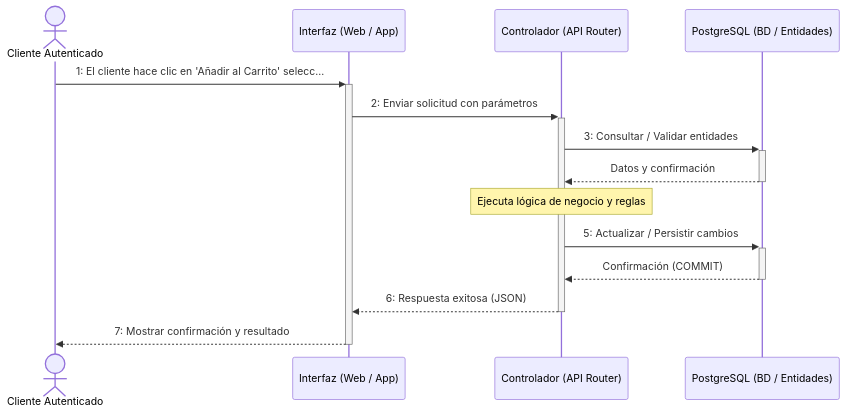
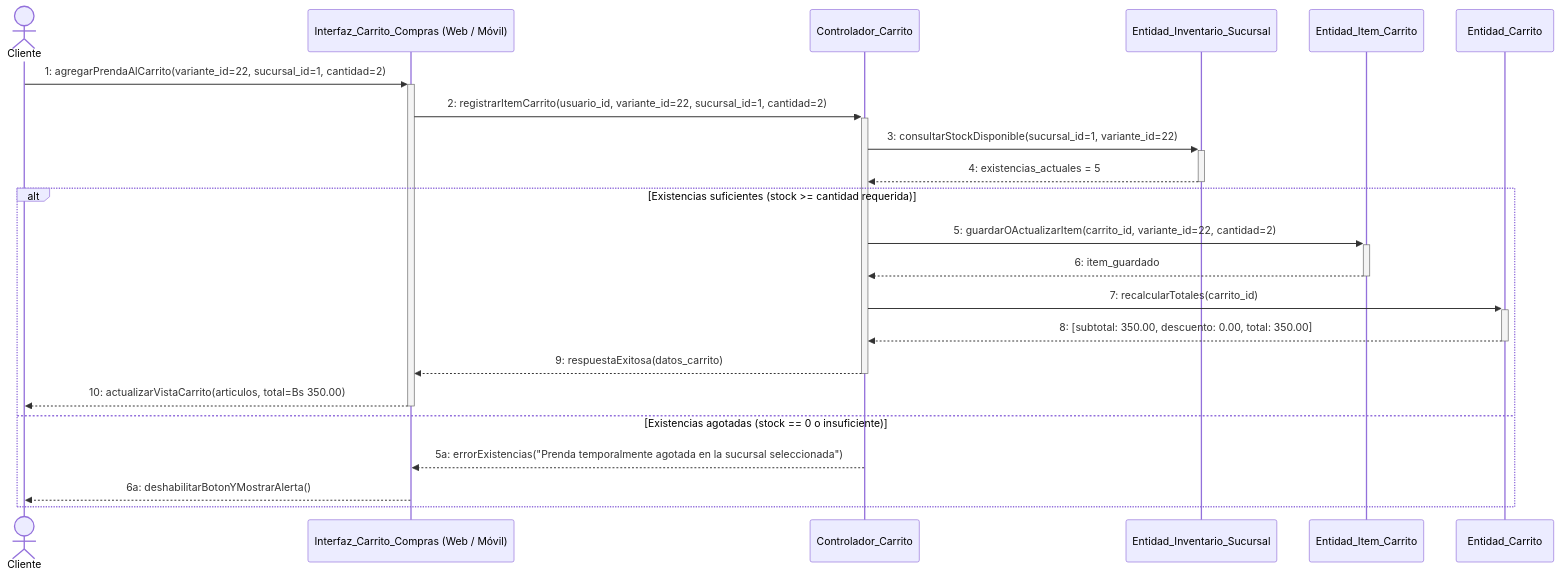
Diagram 17 of 38 in documentos/DOCUMENTACION_40_CASOS_DE_USO_DIAGRAMAS_SECUENCIA.md (jc-larry/ecommerce), drawn with Mermaid before and after one commit. The commit also changed other lines of this file and 148 other files, not shown here.

````diff
--- a/documentos/DOCUMENTACION_40_CASOS_DE_USO_DIAGRAMAS_SECUENCIA.md
+++ b/documentos/DOCUMENTACION_40_CASOS_DE_USO_DIAGRAMAS_SECUENCIA.md
@@ -862,16 +931,25 @@
 ```mermaid
 sequenceDiagram
-    actor U as Cliente Autenticado
-    participant IU as Interfaz (Web / App)
-    participant CTR as Controlador (API Router)
-    participant DB as PostgreSQL (BD / Entidades)
-    U->>+IU: 1: El cliente hace clic en 'Añadir al Carrito' selecc...
-    IU->>+CTR: 2: Enviar solicitud con parámetros
-    CTR->>+DB: 3: Consultar / Validar entidades
-    DB-->>-CTR: Datos y confirmación
-    Note over CTR: Ejecuta lógica de negocio y reglas
-    CTR->>+DB: 5: Actualizar / Persistir cambios
-    DB-->>-CTR: Confirmación (COMMIT)
-    CTR-->>-IU: 6: Respuesta exitosa (JSON)
-    IU-->>-U: 7: Mostrar confirmación y resultado
+    actor C as Cliente
+    participant IU as Interfaz_Carrito_Compras (Web / Móvil)
+    participant CTR as Controlador_Carrito
+    participant CE_I as Entidad_Inventario_Sucursal
+    participant CE_IC as Entidad_Item_Carrito
+    participant CE_C as Entidad_Carrito
+
+    C->>+IU: 1: agregarPrendaAlCarrito(variante_id=22, sucursal_id=1, cantidad=2)
+    IU->>+CTR: 2: registrarItemCarrito(usuario_id, variante_id=22, sucursal_id=1, cantidad=2)
+    CTR->>+CE_I: 3: consultarStockDisponible(sucursal_id=1, variante_id=22)
+    CE_I-->>-CTR: 4: existencias_actuales = 5
+    alt Existencias suficientes (stock >= cantidad requerida)
+        CTR->>+CE_IC: 5: guardarOActualizarItem(carrito_id, variante_id=22, cantidad=2)
+        CE_IC-->>-CTR: 6: item_guardado
+        CTR->>+CE_C: 7: recalcularTotales(carrito_id)
+        CE_C-->>-CTR: 8: [subtotal: 350.00, descuento: 0.00, total: 350.00]
+        CTR-->>-IU: 9: respuestaExitosa(datos_carrito)
+        IU-->>-C: 10: actualizarVistaCarrito(articulos, total=Bs 350.00)
+    else Existencias agotadas (stock == 0 o insuficiente)
+        CTR-->>IU: 5a: errorExistencias("Prenda temporalmente agotada en la sucursal seleccionada")
+        IU-->>C: 6a: deshabilitarBotonYMostrarAlerta()
+    end
 ```
````
